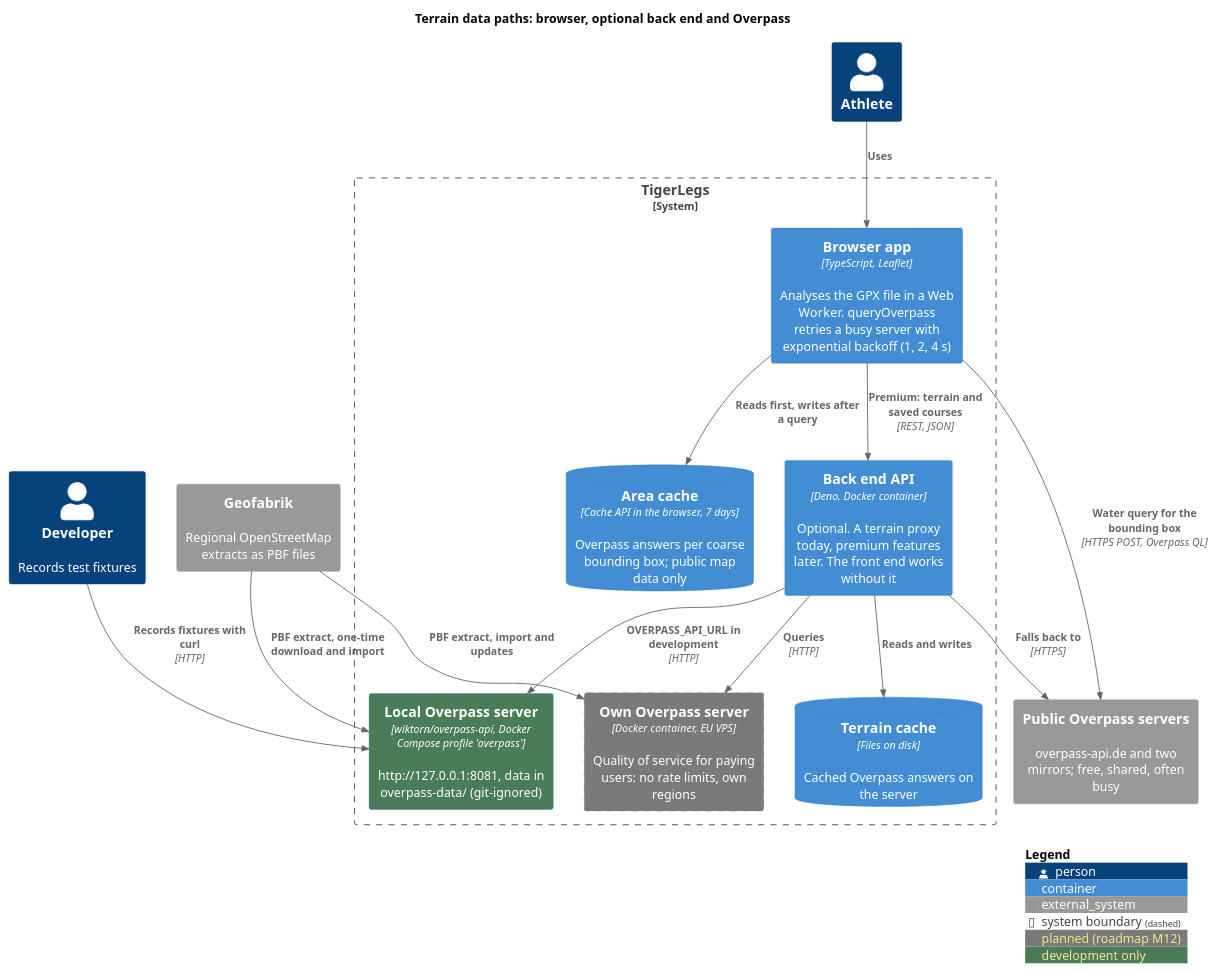
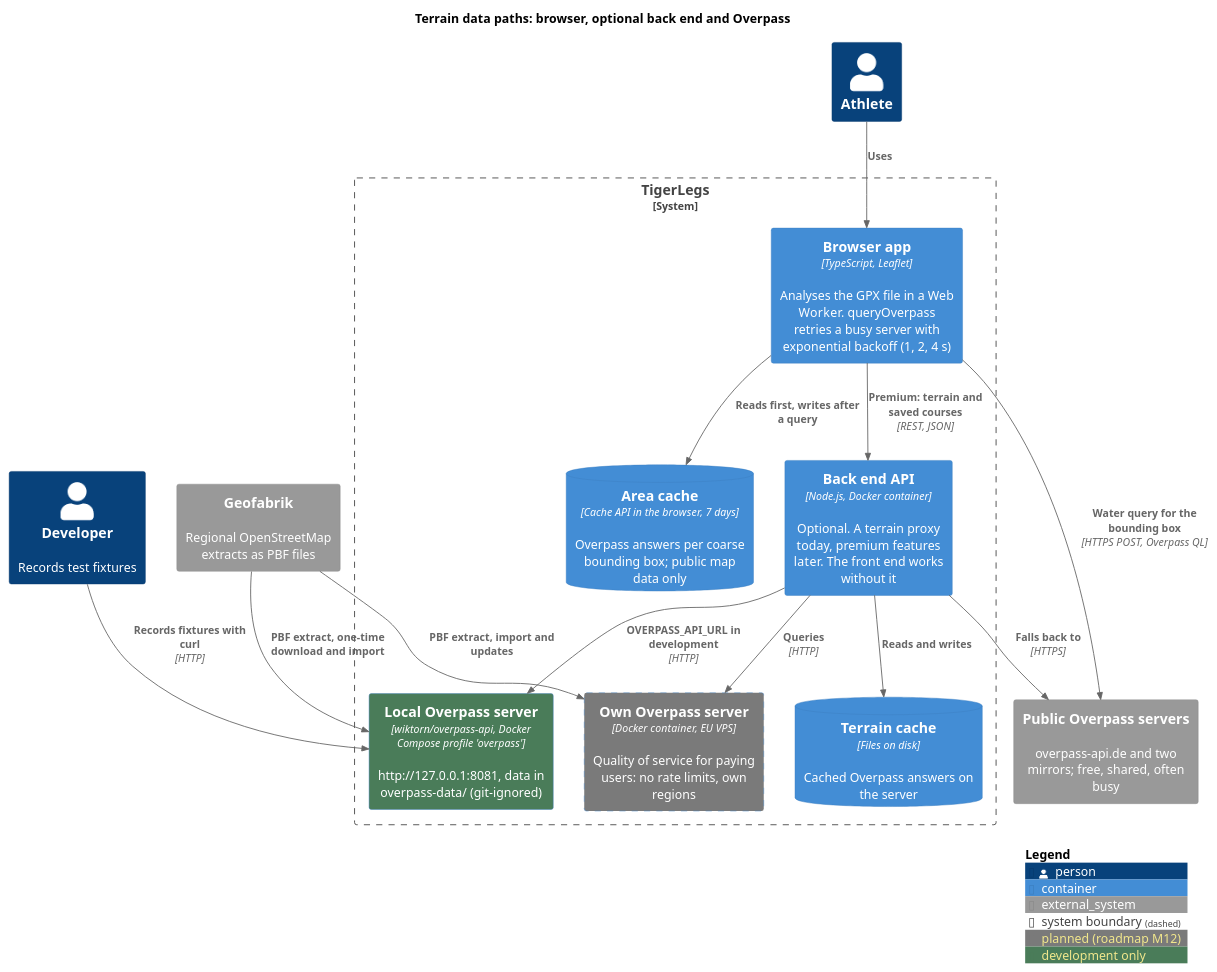
One commit to swimrun/tigerlegs changed the third of 3 diagrams in docs/software-guidebook.md. Above: the diagram before and after it, drawn with PlantUML. The commit also changed other lines of this file and 18 other files, not shown here.

First line of the commit message:
Port the back end from Deno to Node.js with TypeScript, tested with Vitest (#76)

````diff
--- a/docs/software-guidebook.md
+++ b/docs/software-guidebook.md
@@ -382,39 +382,39 @@
 ```plantuml
 @startuml overpass-architecture
 !include <C4/C4_Container>
 
 title Terrain data paths: browser, optional back end and Overpass
 
 AddElementTag("planned", $bgColor="#7a7a7a", $borderStyle="dashed", $legendText="planned (roadmap M12)")
 AddElementTag("dev", $bgColor="#4a7c59", $legendText="development only")
 
 Person(athlete, "Athlete")
 Person(developer, "Developer", "Records test fixtures")
 
 System_Boundary(tigerlegs, "TigerLegs") {
   Container(browser, "Browser app", "TypeScript, Leaflet", "Analyses the GPX file in a Web Worker. queryOverpass retries a busy server with exponential backoff (1, 2, 4 s)")
   ContainerDb(areaCache, "Area cache", "Cache API in the browser, 7 days", "Overpass answers per coarse bounding box; public map data only")
-  Container(backend, "Back end API", "Deno, Docker container", "Optional. A terrain proxy today, premium features later. The front end works without it")
+  Container(backend, "Back end API", "Node.js, Docker container", "Optional. A terrain proxy today, premium features later. The front end works without it")
   ContainerDb(terrainCache, "Terrain cache", "Files on disk", "Cached Overpass answers on the server")
   Container(ownOverpass, "Own Overpass server", "Docker container, EU VPS", "Quality of service for paying users: no rate limits, own regions", $tags="planned")
   Container(localOverpass, "Local Overpass server", "wiktorn/overpass-api, Docker Compose profile 'overpass'", "http://127.0.0.1:8081, data in overpass-data/ (git-ignored)", $tags="dev")
 }
 
 System_Ext(publicOverpass, "Public Overpass servers", "overpass-api.de and two mirrors; free, shared, often busy")
 System_Ext(geofabrik, "Geofabrik", "Regional OpenStreetMap extracts as PBF files")
 
 Rel(athlete, browser, "Uses")
 Rel(browser, areaCache, "Reads first, writes after a query")
 Rel(browser, publicOverpass, "Water query for the bounding box", "HTTPS POST, Overpass QL")
 Rel(browser, backend, "Premium: terrain and saved courses", "REST, JSON", $tags="planned")
 Rel(backend, terrainCache, "Reads and writes")
 Rel(backend, ownOverpass, "Queries", "HTTP", $tags="planned")
 Rel(backend, publicOverpass, "Falls back to", "HTTPS")
 Rel(geofabrik, ownOverpass, "PBF extract, import and updates", $tags="planned")
 Rel(geofabrik, localOverpass, "PBF extract, one-time download and import", $tags="dev")
 Rel(developer, localOverpass, "Records fixtures with curl", "HTTP", $tags="dev")
 Rel(backend, localOverpass, "OVERPASS_API_URL in development", "HTTP", $tags="dev")
 
 SHOW_LEGEND()
 @enduml
 ```
````
